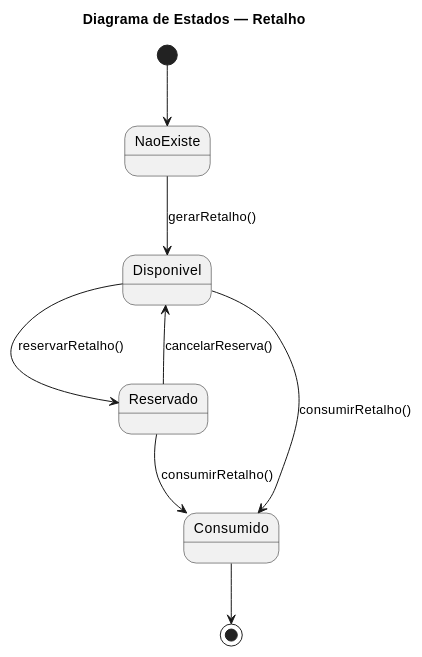
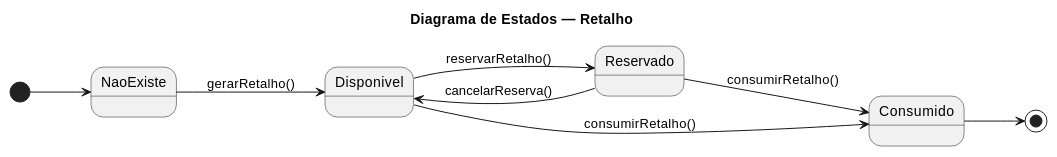
The second of 3 diagrams in DIAGRAMA_ESTADOS.md (WlFerrari/TetusManager), drawn with PlantUML before and after one commit. The commit also changed other lines of this file, not shown here.

Commit message:
Add left-to-right direction to state diagrams for Chapa and Retalho

````diff
--- a/DIAGRAMA_ESTADOS.md
+++ b/DIAGRAMA_ESTADOS.md
@@ -29,15 +30,16 @@
 ```plantuml
 @startuml
+left to right direction
 title Diagrama de Estados — Retalho
 [*] --> NaoExiste
 
 NaoExiste --> Disponivel : gerarRetalho()
 Disponivel --> Reservado : reservarRetalho()
 Reservado --> Disponivel : cancelarReserva()
 Disponivel --> Consumido : consumirRetalho()
 Reservado --> Consumido : consumirRetalho()
 
 Consumido --> [*]
 
 @enduml
 ```
````
